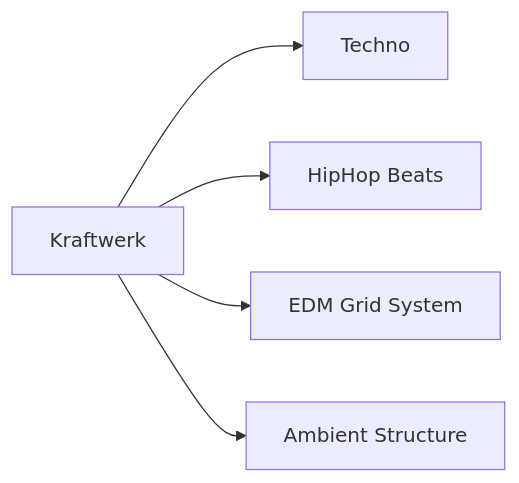
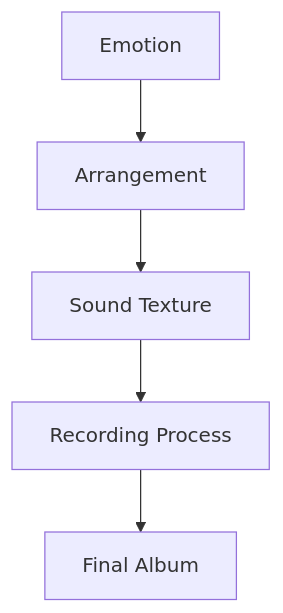
The sixth of 21 diagrams in en/_posts/2026-06-27-column-influential-album-01.md (monumental-movement/monumental-movement.github.io), drawn with Mermaid before and after one commit. The commit also changed other lines of this file and 423 other files, not shown here.

```diff
--- a/en/_posts/2026-06-27-column-influential-album-01.md
+++ b/en/_posts/2026-06-27-column-influential-album-01.md
@@ -141,7 +164,7 @@
 <div class="mermaid">
-flowchart LR
-K[Kraftwerk] --> T[Techno]
-K --> H[HipHop Beats]
-K --> E[EDM Grid System]
-K --> A[Ambient Structure]
+flowchart TB
+A[Emotion] --> B[Arrangement]
+B --> C[Sound Texture]
+C --> D[Recording Process]
+D --> E[Final Album]
 </div>
```
